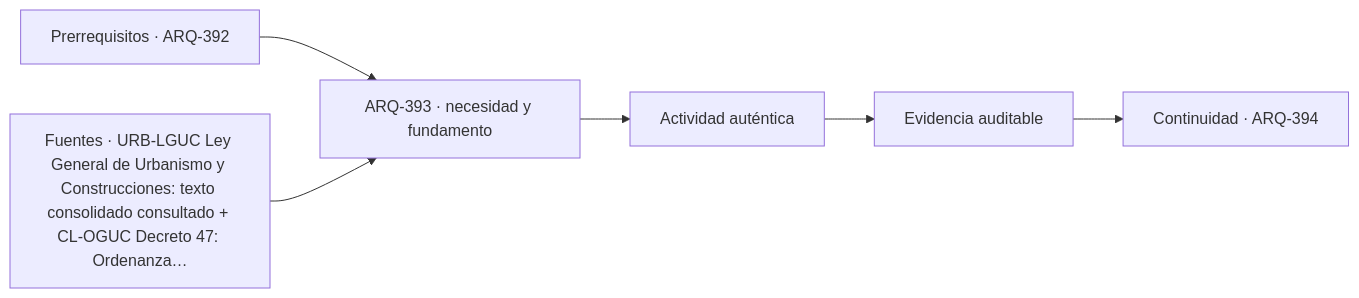
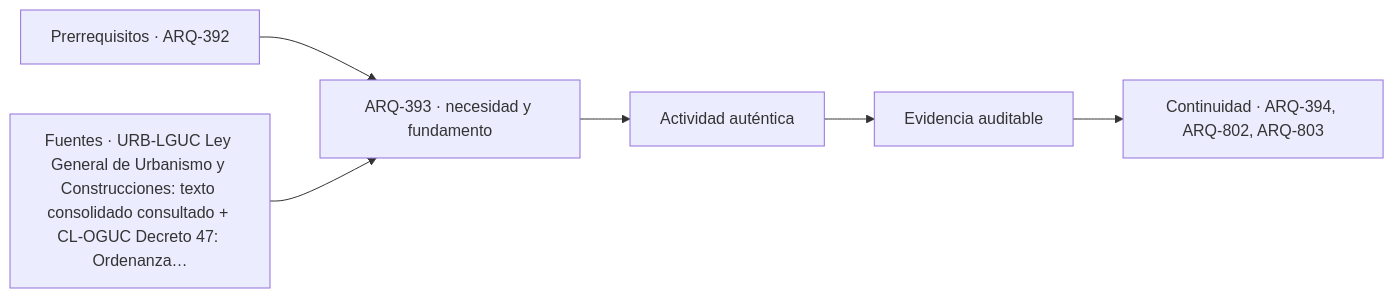
The diagram in classes/parte-40/ARQ-393.md (vladimiracunadev-create/architecture-built-environment-learning-program), drawn with Mermaid before and after one commit. The commit also changed other lines of this file and 234 other files, not shown here.

````diff
--- a/classes/parte-40/ARQ-393.md
+++ b/classes/parte-40/ARQ-393.md
@@ -103,8 +103,8 @@
 ```mermaid
 flowchart LR
     A["Prerrequisitos · ARQ-392"] --> B["ARQ-393 · necesidad y fundamento"]
     S["Fuentes · URB-LGUC Ley General de Urbanismo y Construcciones: texto consolidado consultado + CL-OGUC Decreto 47: Ordenanza…"] --> B
     B --> C["Actividad auténtica"]
     C --> D["Evidencia auditable"]
-    D --> E["Continuidad · ARQ-394"]
+    D --> E["Continuidad · ARQ-394, ARQ-802, ARQ-803"]
 ```
````
